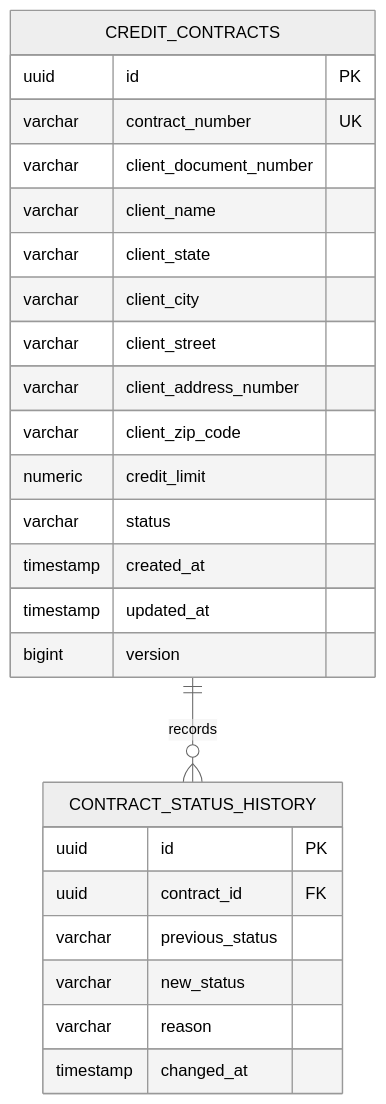
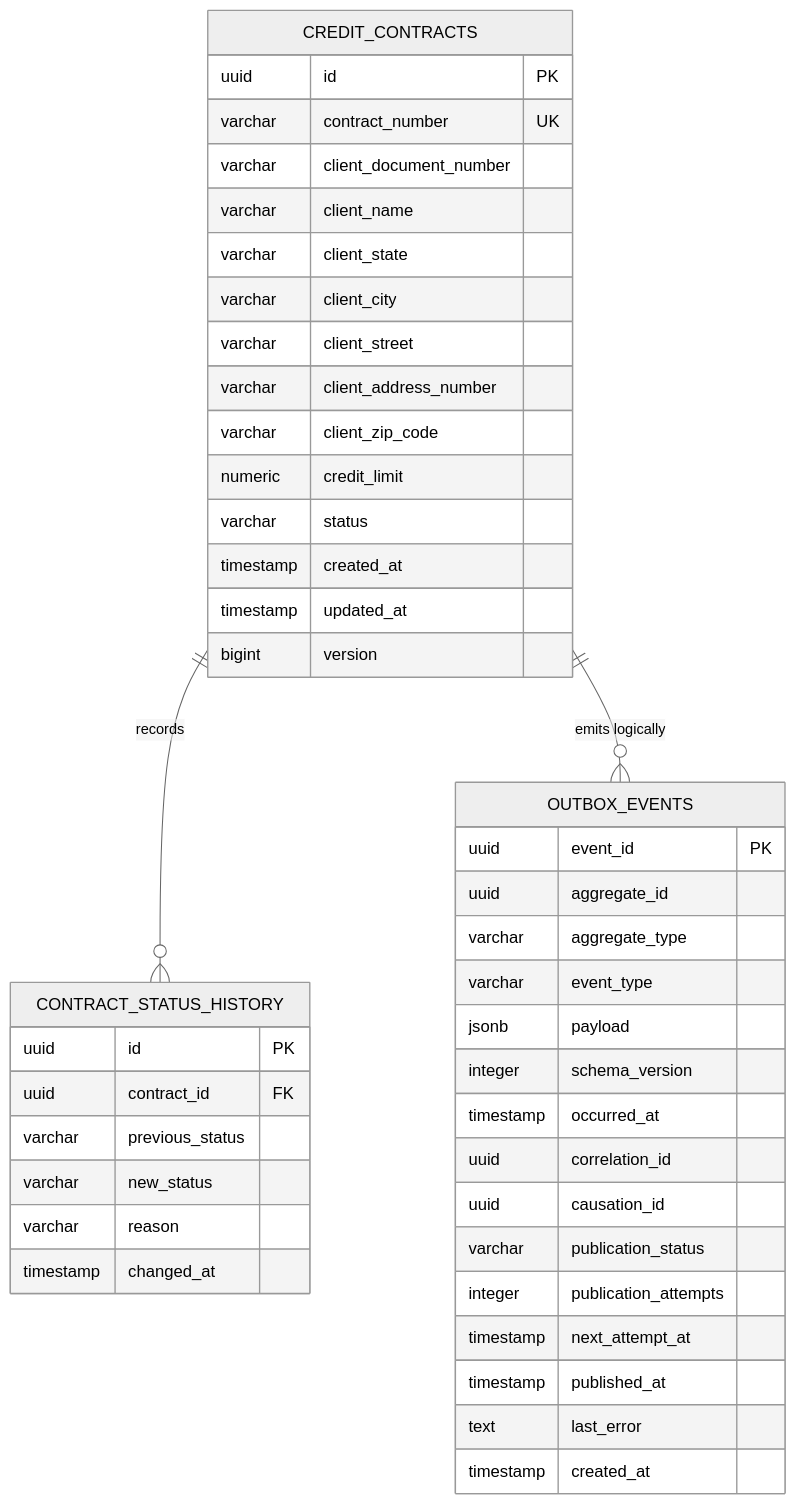
One commit to tmcly/credit-contract-manager changed the third of 4 diagrams in docs/architecture/overview.md. Above: the diagram before and after it, drawn with Mermaid (neutral theme). The commit also changed other lines of this file and 18 other files, not shown here.

````diff
--- a/docs/architecture/overview.md
+++ b/docs/architecture/overview.md
@@ -91,30 +95,49 @@
 ```mermaid
 erDiagram
     CREDIT_CONTRACTS ||--o{ CONTRACT_STATUS_HISTORY : "records"
+    CREDIT_CONTRACTS ||--o{ OUTBOX_EVENTS : "emits logically"
 
     CREDIT_CONTRACTS {
         uuid id PK
         varchar contract_number UK
         varchar client_document_number
         varchar client_name
         varchar client_state
         varchar client_city
         varchar client_street
         varchar client_address_number
         varchar client_zip_code
         numeric credit_limit
         varchar status
         timestamp created_at
         timestamp updated_at
         bigint version
     }
 
     CONTRACT_STATUS_HISTORY {
         uuid id PK
         uuid contract_id FK
         varchar previous_status
         varchar new_status
         varchar reason
         timestamp changed_at
     }
+
+    OUTBOX_EVENTS {
+        uuid event_id PK
+        uuid aggregate_id
+        varchar aggregate_type
+        varchar event_type
+        jsonb payload
+        integer schema_version
+        timestamp occurred_at
+        uuid correlation_id
+        uuid causation_id
+        varchar publication_status
+        integer publication_attempts
+        timestamp next_attempt_at
+        timestamp published_at
+        text last_error
+        timestamp created_at
+    }
 ```
````
